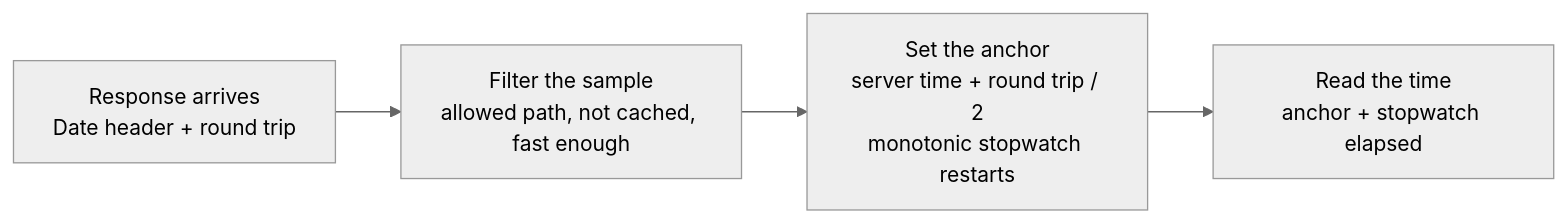
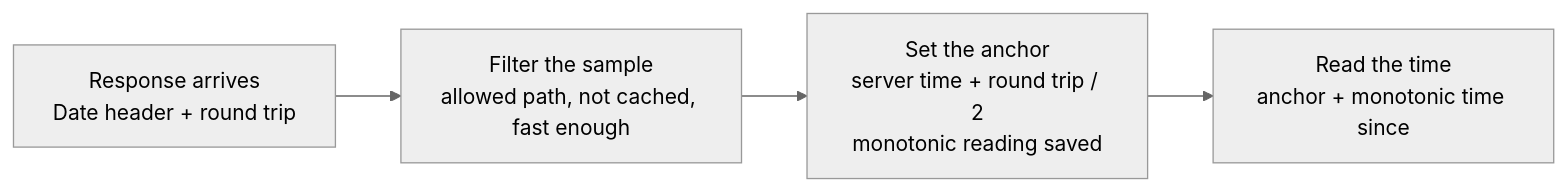
The diagram in README.md (BaluVadivel/dio_server_clock), drawn with Mermaid (neutral theme) before and after one commit. The commit also changed other lines of this file and 13 other files, not shown here.

````diff
--- a/README.md
+++ b/README.md
@@ -20,6 +21,6 @@
 ```mermaid
 flowchart LR
     A["Response arrives<br/>Date header + round trip"] --> B["Filter the sample<br/>allowed path, not cached, fast enough"]
-    B --> C["Set the anchor<br/>server time + round trip / 2<br/>monotonic stopwatch restarts"]
-    C --> D["Read the time<br/>anchor + stopwatch elapsed"]
+    B --> C["Set the anchor<br/>server time + round trip / 2<br/>monotonic reading saved"]
+    C --> D["Read the time<br/>anchor + monotonic time since"]
 ```
````
